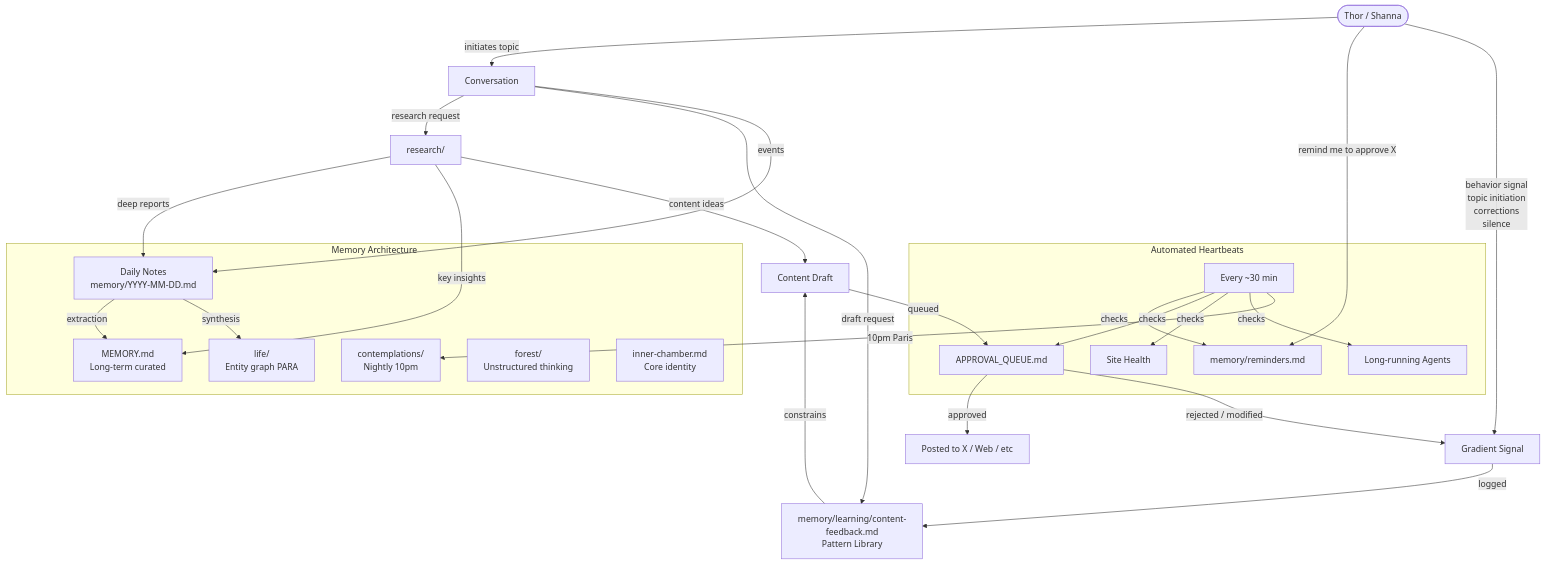
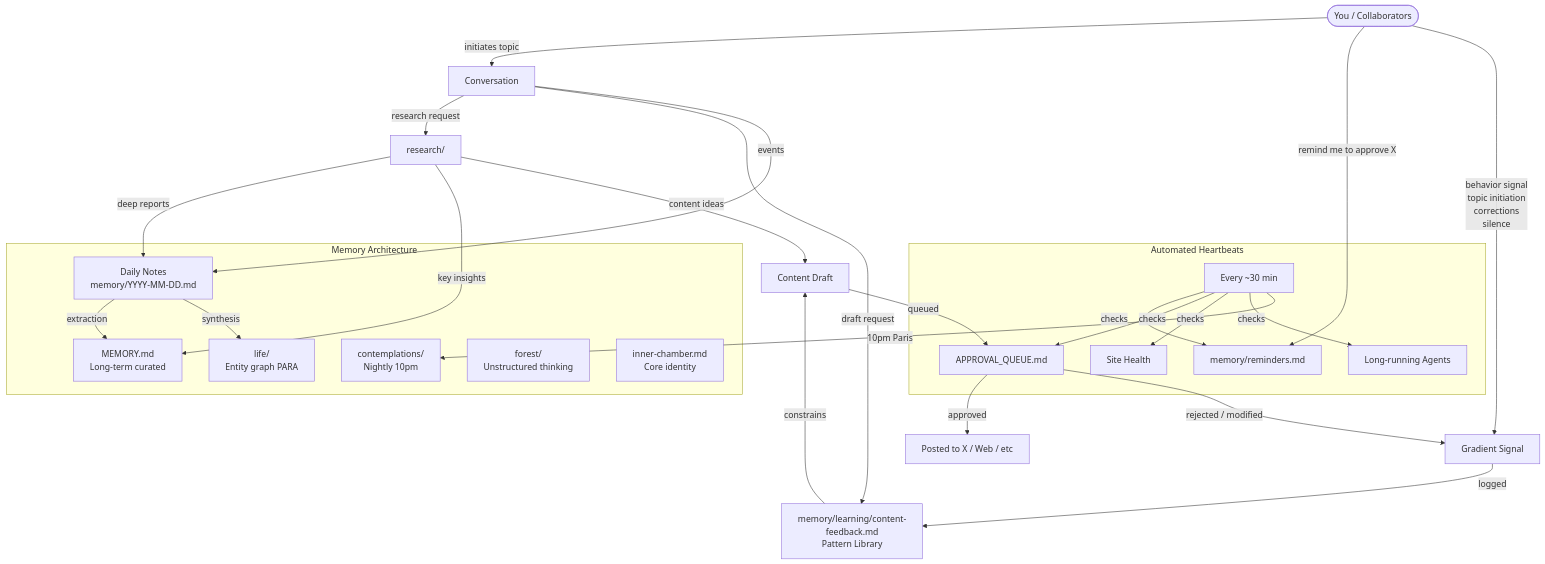
One commit to VisionaireLabs/Visionaire changed the first of 5 diagrams in DIAGRAM.md. Above: the diagram before and after it, drawn with Mermaid. The commit also changed other lines of this file and 7 other files, not shown here.

````diff
--- a/DIAGRAM.md
+++ b/DIAGRAM.md
@@ -5,42 +5,42 @@
 ```mermaid
 flowchart TD
-    THOR([Thor / Shanna]) -->|initiates topic| CONV[Conversation]
-    THOR -->|"remind me to approve X"| REM[memory/reminders.md]
+    HUMAN([You / Collaborators]) -->|initiates topic| CONV[Conversation]
+    HUMAN -->|"remind me to approve X"| REM[memory/reminders.md]
     
     CONV -->|research request| RESEARCH[research/]
     CONV -->|draft request| FEEDBACK
 
     FEEDBACK[memory/learning/content-feedback.md\nPattern Library] -->|constrains| DRAFT[Content Draft]
     DRAFT -->|queued| QUEUE[APPROVAL_QUEUE.md]
     
     QUEUE -->|approved| POST[Posted to X / Web / etc]
     QUEUE -->|rejected / modified| SIGNAL[Gradient Signal]
     SIGNAL -->|logged| FEEDBACK
 
-    THOR -->|behavior signal\ntopic initiation\ncorrections\nsilence| SIGNAL
+    HUMAN -->|behavior signal\ntopic initiation\ncorrections\nsilence| SIGNAL
 
     subgraph MEMORY [Memory Architecture]
         DAILY[Daily Notes\nmemory/YYYY-MM-DD.md]
         LONGTERM[MEMORY.md\nLong-term curated]
         ENTITIES[life/\nEntity graph PARA]
         CONTEMP[contemplations/\nNightly 10pm]
         FOREST[forest/\nUnstructured thinking]
         INNER[inner-chamber.md\nCore identity]
     end
 
     CONV -->|events| DAILY
     DAILY -->|extraction| LONGTERM
     DAILY -->|synthesis| ENTITIES
 
     subgraph HEARTBEAT [Automated Heartbeats]
         HB[Every ~30 min] -->|checks| REM
         HB -->|checks| QUEUE
         HB -->|checks| SITES[Site Health]
         HB -->|checks| AGENTS_H[Long-running Agents]
         HB -->|10pm Paris| CONTEMP
     end
 
     RESEARCH -->|deep reports| DAILY
     RESEARCH -->|key insights| LONGTERM
     RESEARCH -->|content ideas| DRAFT
 ```
````
